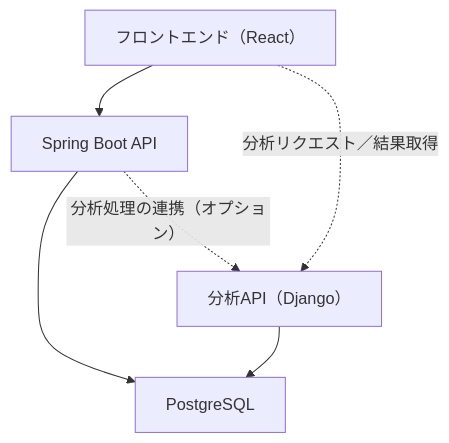
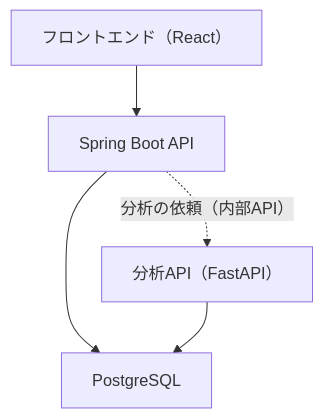
The diagram in docs/01_Project_Overview 362d097bd4f780b099f2dee6bb8450c7.md (hanyeong0815/daipetto), drawn with Mermaid before and after one commit. The commit also changed other lines of this file and 69 other files, not shown here.

First line of the commit message:
feat(analysis): FastAPI analysis API behind a Spring relay

````diff
--- a/docs/01_Project_Overview 362d097bd4f780b099f2dee6bb8450c7.md
+++ b/docs/01_Project_Overview 362d097bd4f780b099f2dee6bb8450c7.md
@@ -50,9 +50,8 @@
 ```mermaid
 flowchart TB
   FE["フロントエンド（React）"] --> BE["Spring Boot API"]
   BE --> DB["PostgreSQL"]
 
-  FE -. "分析リクエスト／結果取得" .-> DA["分析API（Django）"]
-  BE -. "分析処理の連携（オプション）" .-> DA
+  BE -. "分析の依頼（内部API）" .-> DA["分析API（FastAPI）"]
   DA --> DB
 ```
````
